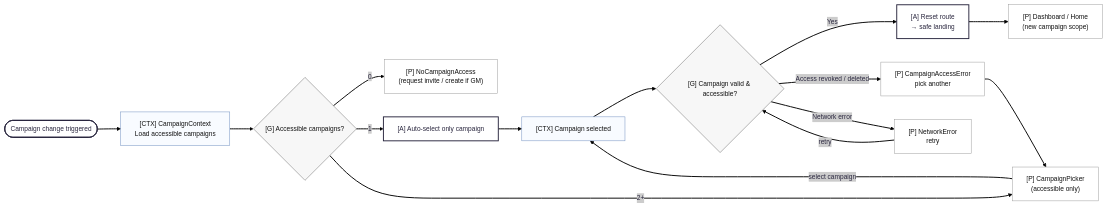
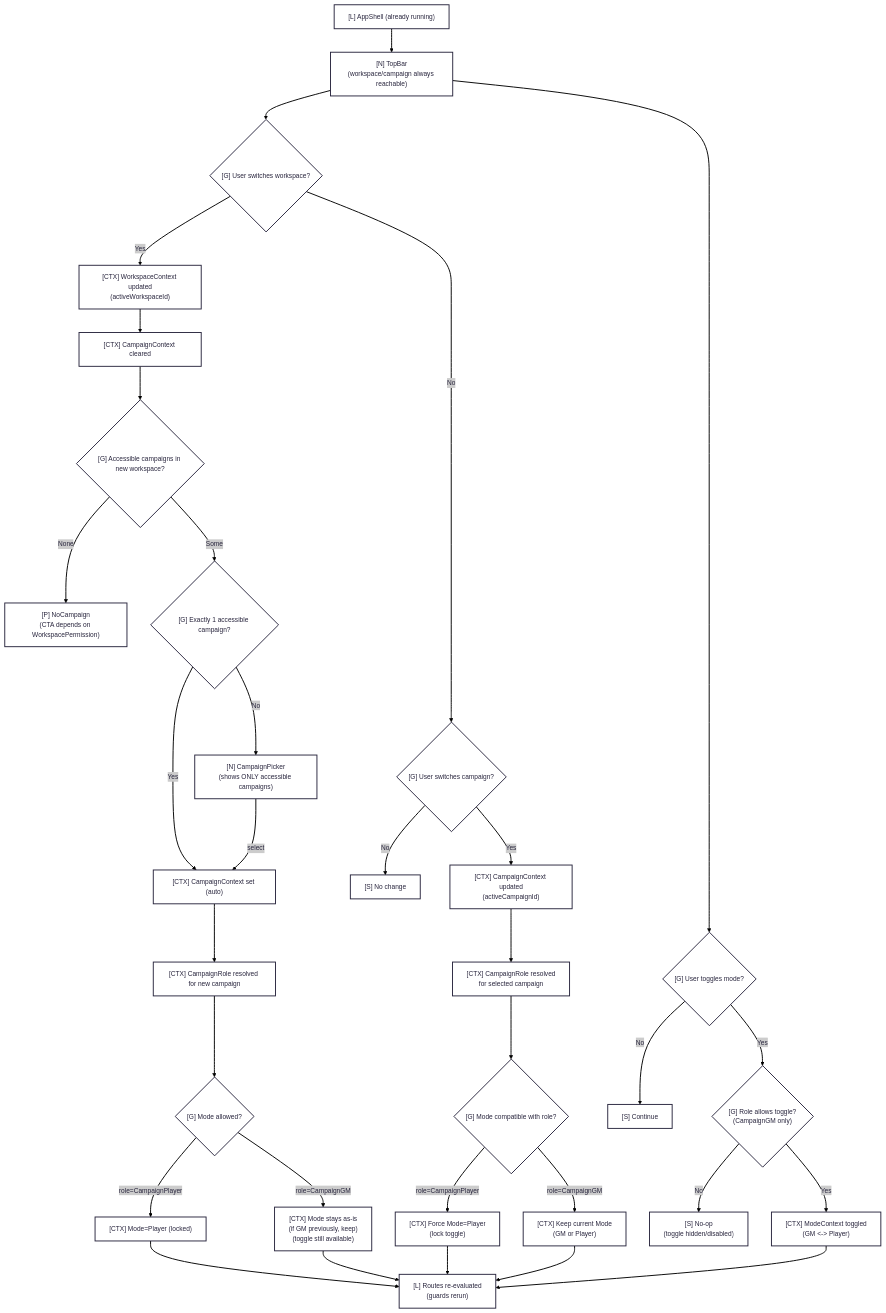
One commit to dopaminedungeon/dopamine-dungeon changed the second of 6 diagrams in docs/userflows.md. Above: the diagram before and after it, drawn with Mermaid. The commit also changed other lines of this file and 8 other files, not shown here.

````diff
--- a/docs/userflows.md
+++ b/docs/userflows.md
@@ -293,39 +270,38 @@
 ```mermaid
 ---
 config:
   theme: redux
   layout: dagre
 ---
-flowchart LR
-  TRIGGER(["Campaign change triggered"]) --> LOAD["[CTX] CampaignContext</br>Load accessible campaigns"]
-
-  LOAD --> COUNT{"[G] Accessible campaigns?"}
-
-  COUNT -- "0" --> NO_ACCESS["[P] NoCampaignAccess</br>(request invite / create if GM)"]
-
-  COUNT -- "1" --> AUTO["[A] Auto-select only campaign"]
-  COUNT -- "2+" --> PICK["[P] CampaignPicker</br>(accessible only)"]
-
-  PICK -- "select campaign" --> SELECTED["[CTX] Campaign selected"]
-  AUTO --> SELECTED
-
-  SELECTED --> VALID{"[G] Campaign valid & accessible?"}
-
-  VALID -- "Yes" --> ROUTE_RESET["[A] Reset route</br>→ safe landing"]
-  VALID -- "Access revoked / deleted" --> ACCESS_ERR["[P] CampaignAccessError</br>pick another"]
-  VALID -- "Network error" --> NET_ERR["[P] NetworkError</br>retry"]
-
-  ACCESS_ERR --> PICK
-  NET_ERR -- "retry" --> VALID
-
-  ROUTE_RESET --> HOME["[P] Dashboard / Home</br>(new campaign scope)"]
-
-  %% Styling
-  classDef gate fill:#f7f7f7,stroke:#666,stroke-width:1px,color:#111;
-  classDef page fill:#ffffff,stroke:#999,stroke-width:1px,color:#111;
-  classDef ctx fill:#f8fbff,stroke:#6b8bbd,stroke-width:1px,color:#111;
-
-  class COUNT,VALID gate;
-  class PICK,NO_ACCESS,ACCESS_ERR,NET_ERR,HOME page;
-  class LOAD,SELECTED ctx;
+flowchart TB
+    S0["[L] AppShell (already running)"] --> TB["[N] TopBar<br>(workspace/campaign always reachable)"]
+    TB --> W0{"[G] User switches workspace?"} & MS0{"[G] User toggles mode?"}
+    W0 -- No --> C0{"[G] User switches campaign?"}
+    W0 -- Yes --> W1["[CTX] WorkspaceContext updated<br>(activeWorkspaceId)"]
+    W1 --> W2["[CTX] CampaignContext cleared"]
+    W2 --> W3{"[G] Accessible campaigns in new workspace?"}
+    W3 -- None --> W4["[P] NoCampaign<br>(CTA depends on WorkspacePermission)"]
+    W3 -- Some --> W5{"[G] Exactly 1 accessible campaign?"}
+    W5 -- Yes --> W6["[CTX] CampaignContext set (auto)"]
+    W5 -- No --> W7["[N] CampaignPicker<br>(shows ONLY accessible campaigns)"]
+    W7 -- select --> W6
+    W6 --> R0["[CTX] CampaignRole resolved for new campaign"]
+    R0 --> M0{"[G] Mode allowed?"}
+    M0 -- "role=CampaignPlayer" --> M1["[CTX] Mode=Player (locked)"]
+    M0 -- "role=CampaignGM" --> M2["[CTX] Mode stays as-is<br>(if GM previously, keep)<br>(toggle still available)"]
+    M1 --> ROUTES["[L] Routes re-evaluated<br>(guards rerun)"]
+    M2 --> ROUTES
+    C0 -- No --> END0["[S] No change"]
+    C0 -- Yes --> C1["[CTX] CampaignContext updated<br>(activeCampaignId)"]
+    C1 --> C2["[CTX] CampaignRole resolved<br>for selected campaign"]
+    C2 --> C3{"[G] Mode compatible with role?"}
+    C3 -- "role=CampaignPlayer" --> C4["[CTX] Force Mode=Player<br>(lock toggle)"]
+    C3 -- "role=CampaignGM" --> C5["[CTX] Keep current Mode<br>(GM or Player)"]
+    C4 --> ROUTES
+    C5 --> ROUTES
+    MS0 -- No --> END1["[S] Continue"]
+    MS0 -- Yes --> MS1{"[G] Role allows toggle?<br>(CampaignGM only)"}
+    MS1 -- No --> MS2["[S] No-op<br>(toggle hidden/disabled)"]
+    MS1 -- Yes --> MS3["[CTX] ModeContext toggled<br>(GM &lt;-&gt; Player)"]
+    MS3 --> ROUTES
   ```
````
